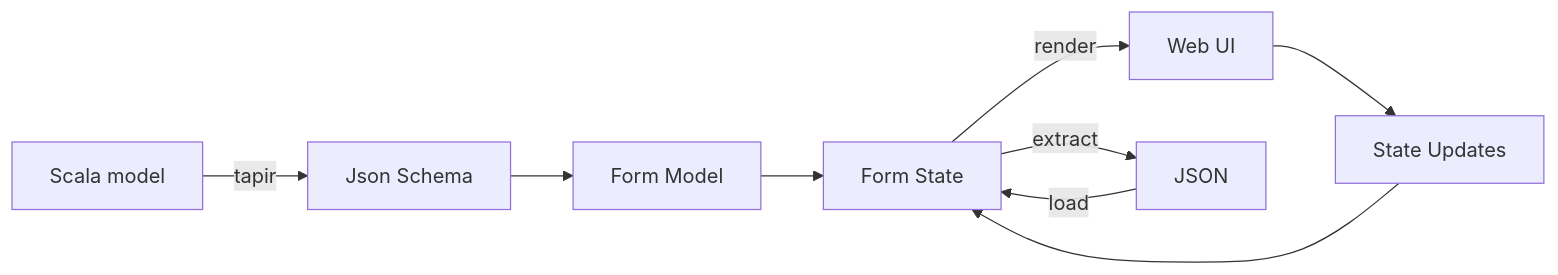
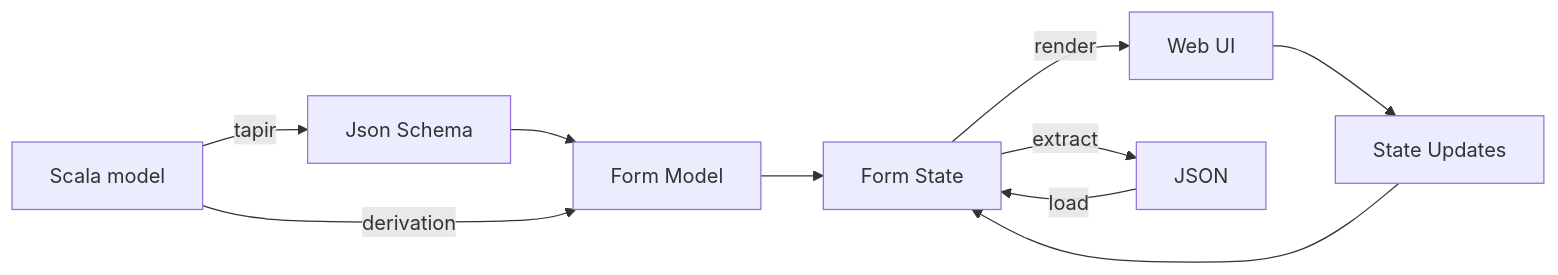
One commit to business4s/forms4s changed the diagram in website/docs/index.md. Above: the diagram before and after it, drawn with Mermaid. The commit also changed other lines of this file and 14 other files, not shown here.

````diff
--- a/website/docs/index.md
+++ b/website/docs/index.md
@@ -17,11 +20,12 @@
 ```mermaid
 graph LR
-    A[Scala model] --tapir--> B[Json Schema]
+    A[Scala model] -- tapir --> B[Json Schema]
     B --> C[Form Model]
+    A -- derivation --> C
     C --> D[Form State]
-    D --render--> E[Web UI]
+    D -- render --> E[Web UI]
     E --> F[State Updates]
     F --> D
-    D --extract--> G[JSON]
-    G --load--> D
+    D -- extract --> G[JSON]
+    G -- load --> D
 ```
````
